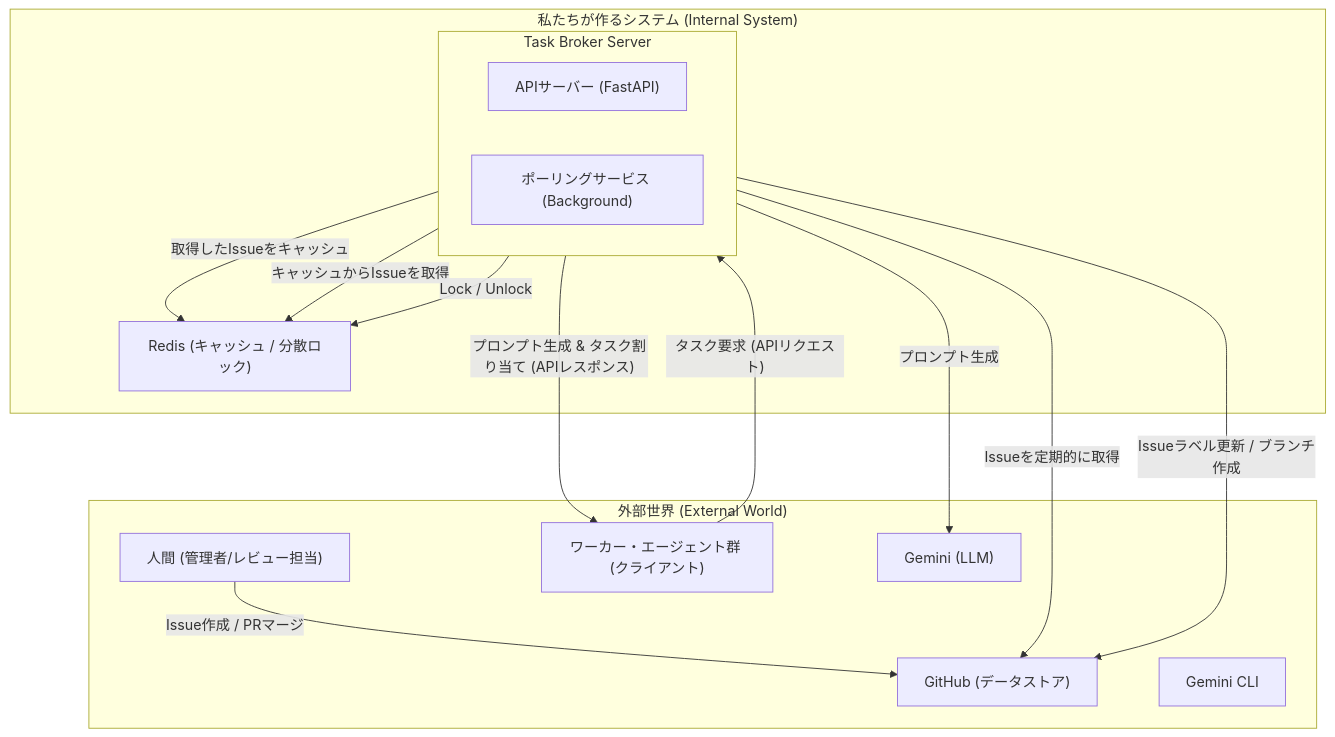
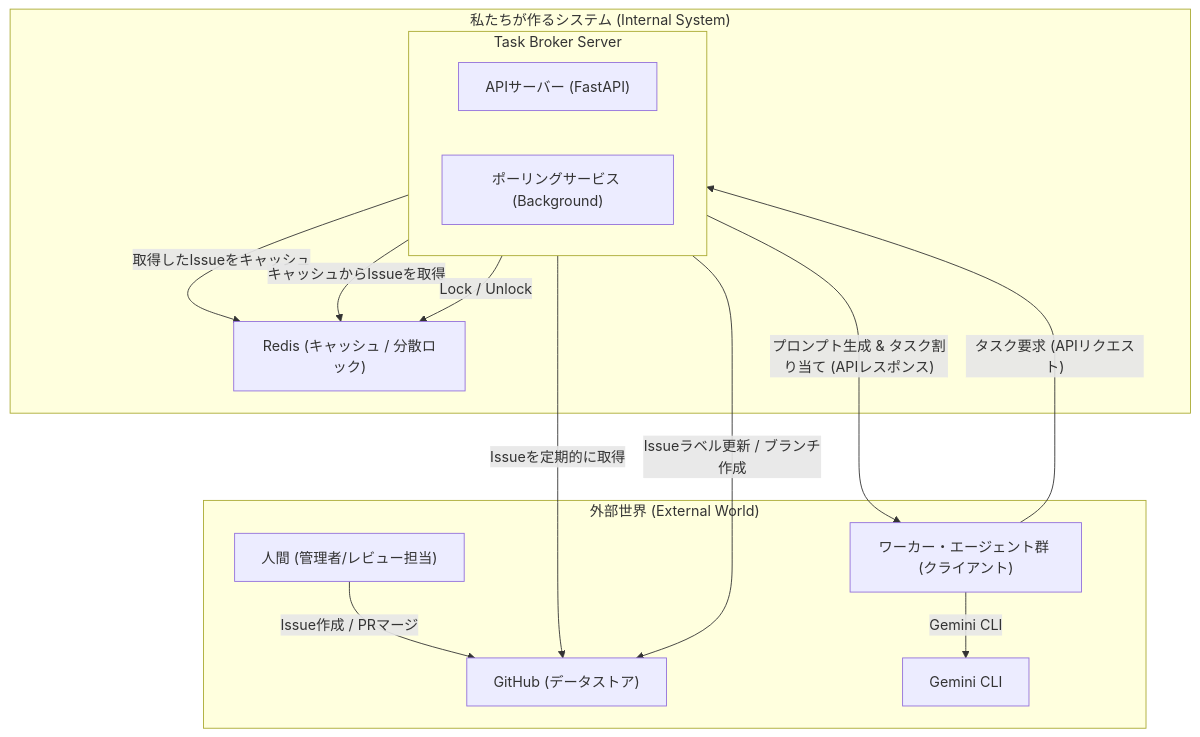
Before and after one commit to masa-codehub/github_broker: the first of 2 diagrams in docs/architecture/system_context.md, drawn with Mermaid.

Commit message:
fix(docs): Final adjustment to system context diagram in PR #1228. Removed Gemini (LLM) and added Workers -> Gemini CLI link, maintaining Server -> Workers link as 'プロンプト生成 & タスク割り当て'.

````diff
--- a/docs/architecture/system_context.md
+++ b/docs/architecture/system_context.md
@@ -33,44 +33,41 @@
 ```mermaid
 graph TD
     subgraph "私たちが作るシステム (Internal System)"
         subgraph "Task Broker Server"
             direction LR
             ApiServer["APIサーバー (FastAPI)"]
             PollingService["ポーリングサービス (Background)"]
         end
         Redis["Redis (キャッシュ / 分散ロック)"]
     end
 
     subgraph "外部世界 (External World)"
         Human["人間 (管理者/レビュー担当)"]
         Workers["ワーカー・エージェント群 (クライアント)"]
         GitHub["GitHub (データストア)"]
         GeminiCLI["Gemini CLI"]
-        Gemini["Gemini (LLM)"]
     end
 
     %% システム間の連携
     Human -- "Issue作成 / PRマージ" --> GitHub
     
     %% ポーリングサービスの連携
     PollingService -- "Issueを定期的に取得" --> GitHub
     PollingService -- "取得したIssueをキャッシュ" --> Redis
 
     %% APIサーバーの連携
     ApiServer -- "Issueラベル更新 / ブランチ作成" --> GitHub
     ApiServer -- "キャッシュからIssueを取得" --> Redis
     ApiServer -- "Lock / Unlock" --> Redis
 
-    %% APIサーバーの連携
-    ApiServer -- "プロンプト生成" --> Gemini
-
     %% ワーカーとの連携
     Workers -- "タスク要求 (APIリクエスト)" --> ApiServer
     ApiServer -- "プロンプト生成 & タスク割り当て (APIレスポンス)" --> Workers
+    Workers -- "Gemini CLI" --> GeminiCLI
 
     %% ▼▼▼ ここから追加 ▼▼▼
     %% 上下のレイアウトを固定するための、見えないリンク
     Redis --> Human
     linkStyle 9 stroke-width:0px, stroke:transparent
     %% ▲▲▲ ここまで追加 ▲▲▲
 ```
````
